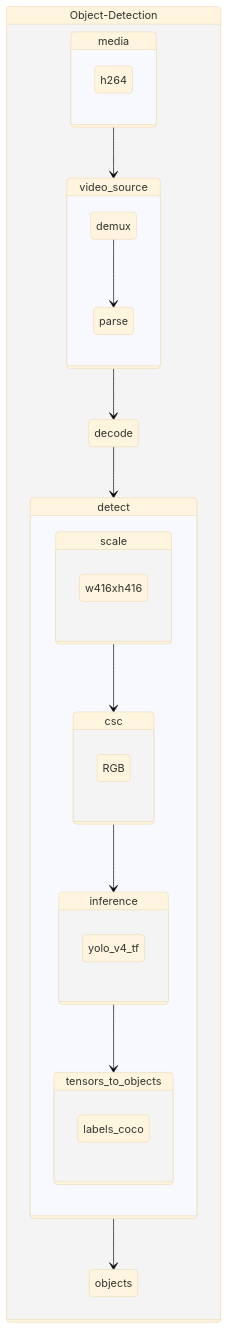
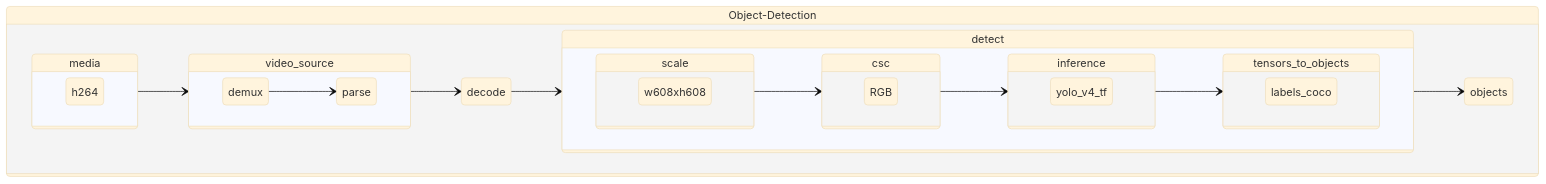
The diagram in pipelines/video/object-detection/od-h264-yolo-v4-tf/README.md (dlstreamer/pipeline-zoo), drawn with Mermaid (base theme) before and after one commit. The commit also changed 118 other files, not shown here.

````diff
--- a/pipelines/video/object-detection/od-h264-yolo-v4-tf/README.md
+++ b/pipelines/video/object-detection/od-h264-yolo-v4-tf/README.md
@@ -5,40 +5,47 @@
 ```mermaid
 stateDiagram
-
+    direction LR
     state Object-Detection {
-
+    direction LR
     state media {
+    direction LR
     h264
     }
 
     state video_source {
+    direction LR
 		demux --> parse
     }
 
     state detect {
+    direction LR
     state scale {
-      w416xh416
+    direction LR
+      w608xh608
     }
     state csc {
+    direction LR
     RGB
     }
 
     state inference {
+    direction LR
     yolo_v4_tf
     }
 
     state tensors_to_objects {
+    direction LR
     labels_coco
     }
 
 		scale --> csc
 		csc --> inference
 		inference --> tensors_to_objects
     }
 
     media --> video_source
     video_source --> decode
     decode --> detect
     detect --> objects
 }
 ```
````
